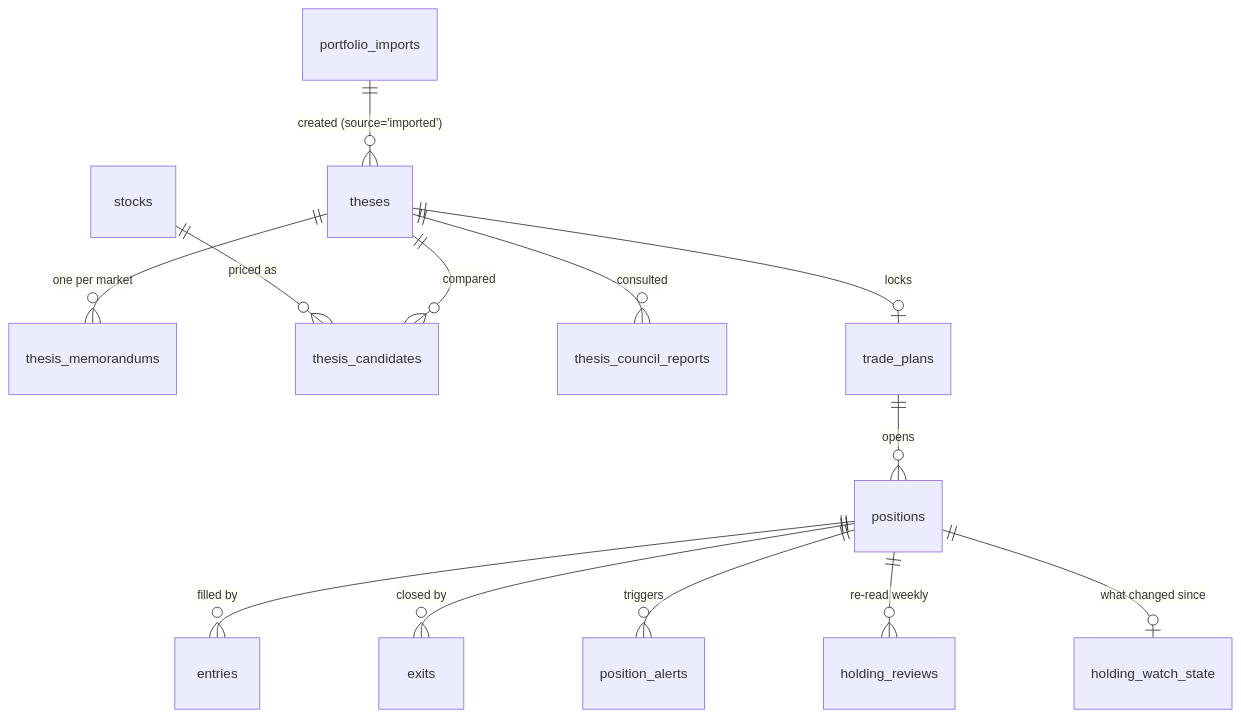
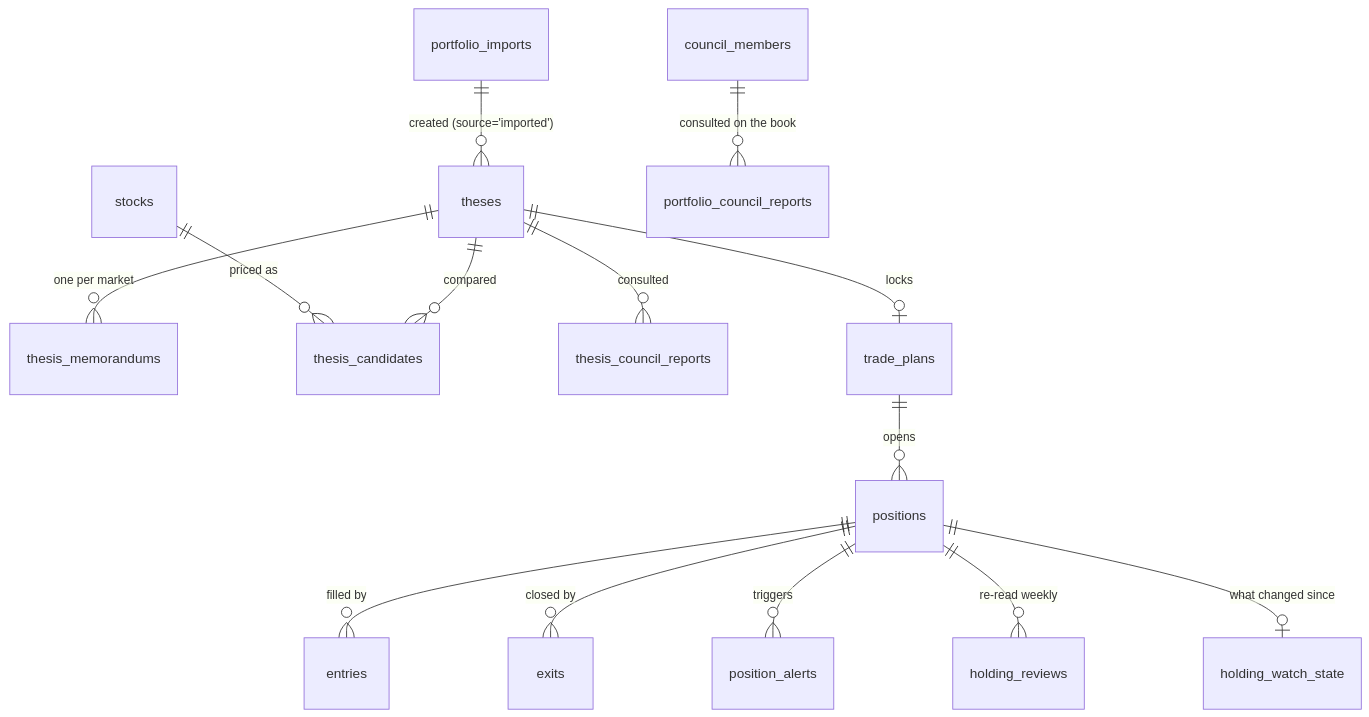
Before and after one commit to harshf15-code/Jarvis_Investment_Thesis_Validator: the second of 2 diagrams in README.md, drawn with Mermaid. The commit also changed other lines of this file and 13 other files, not shown here.

First line of the commit message:
feat(council): consult the Investment Council on the whole portfolio

````diff
--- a/README.md
+++ b/README.md
@@ -395,15 +422,16 @@
 ```mermaid
 erDiagram
     theses ||--o{ thesis_memorandums : "one per market"
     theses ||--o{ thesis_candidates : "compared"
     theses ||--o{ thesis_council_reports : "consulted"
     theses ||--o| trade_plans : "locks"
     trade_plans ||--o{ positions : "opens"
     positions ||--o{ entries : "filled by"
     positions ||--o{ exits : "closed by"
     positions ||--o{ position_alerts : "triggers"
     stocks ||--o{ thesis_candidates : "priced as"
     portfolio_imports ||--o{ theses : "created (source='imported')"
     positions ||--o{ holding_reviews : "re-read weekly"
     positions ||--o| holding_watch_state : "what changed since"
+    council_members ||--o{ portfolio_council_reports : "consulted on the book"
 ```
````
